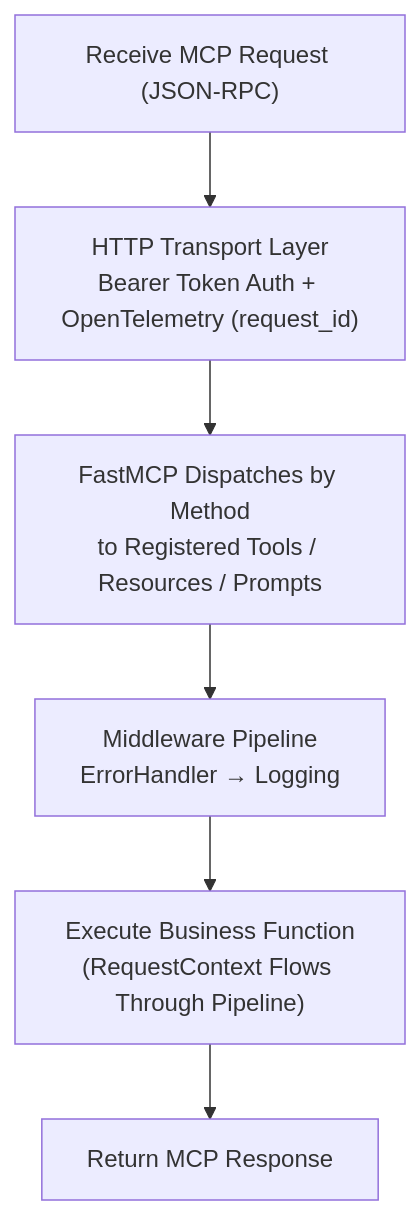
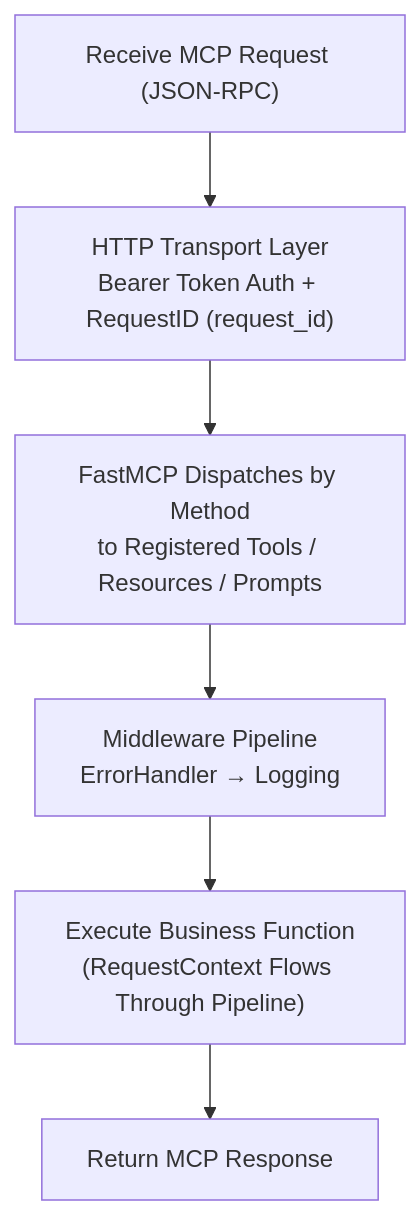
The third of 4 diagrams in README.en.md (chain-engine/x-QiuChi), drawn with Mermaid before and after one commit. The commit also changed other lines of this file and 24 other files, not shown here.

````diff
--- a/README.en.md
+++ b/README.en.md
@@ -423,8 +418,8 @@
 ```mermaid
 flowchart TD
-    R1["Receive MCP Request (JSON-RPC)"] --> R2["HTTP Transport Layer<br/>Bearer Token Auth + OpenTelemetry (request_id)"]
+    R1["Receive MCP Request (JSON-RPC)"] --> R2["HTTP Transport Layer<br/>Bearer Token Auth + RequestID (request_id)"]
     R2 --> R3["FastMCP Dispatches by Method<br/>to Registered Tools / Resources / Prompts"]
     R3 --> R4["Middleware Pipeline<br/>ErrorHandler → Logging"]
     R4 --> R6["Execute Business Function<br/>(RequestContext Flows Through Pipeline)"]
     R6 --> R9["Return MCP Response"]
 ```
````
